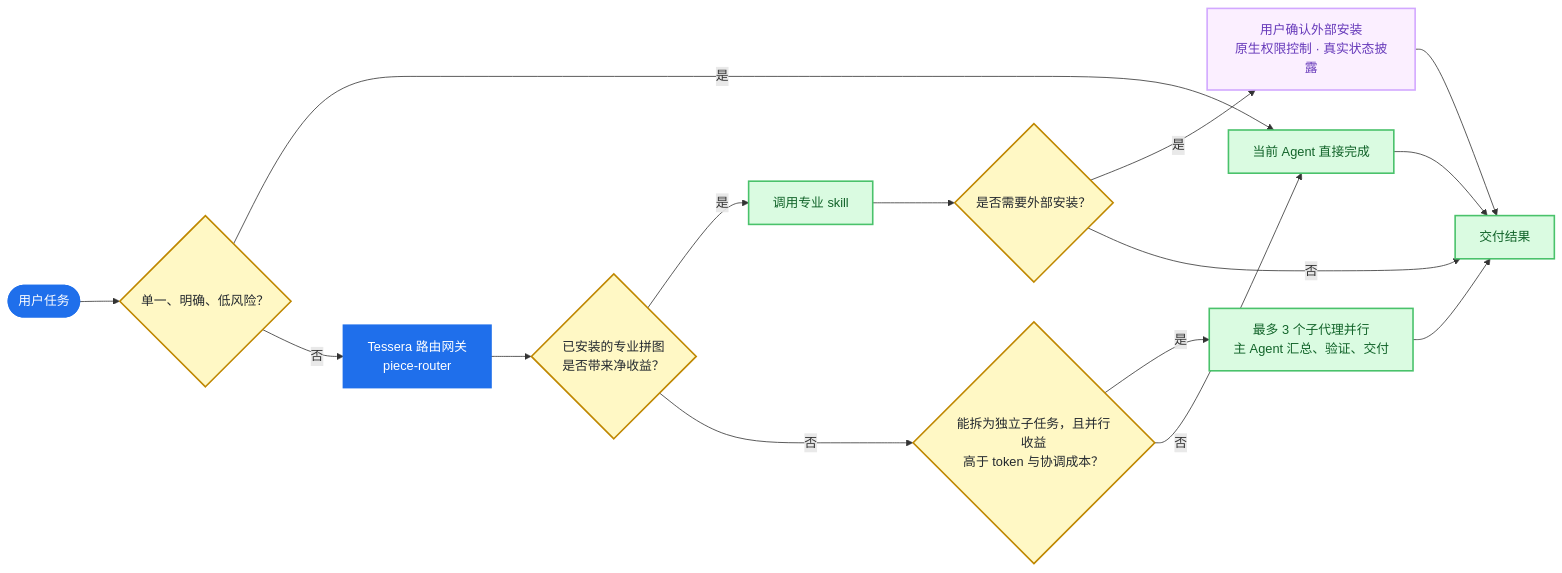
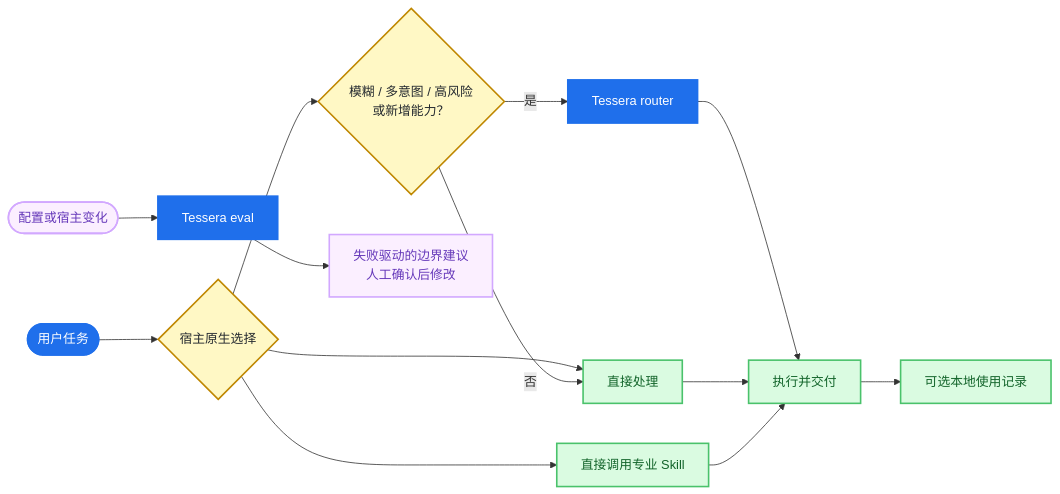
Before and after one commit to gloamere/Tessera: the diagram in README.md, drawn with Mermaid. The commit also changed other lines of this file and 19 other files, not shown here.

````diff
--- a/README.md
+++ b/README.md
@@ -29,26 +29,24 @@
 ```mermaid
 flowchart LR
-    U([用户任务]) --> D{单一、明确、低风险？}
-    D -- 是 --> A[当前 Agent 直接完成]
-    D -- 否 --> R[Tessera 路由网关<br/>piece-router]
-    R --> P{已安装的专业拼图<br/>是否带来净收益？}
-    P -- 是 --> S[调用专业 skill]
-    P -- 否 --> C{能拆为独立子任务，且并行收益<br/>高于 token 与协调成本？}
-    C -- 是 --> M[最多 3 个子代理并行<br/>主 Agent 汇总、验证、交付]
-    C -- 否 --> A
-    S --> E{是否需要外部安装？}
-    E -- 是 --> G[用户确认外部安装<br/>原生权限控制 · 真实状态披露]
-    E -- 否 --> O[交付结果]
-    M --> O
+    U([用户任务]) --> H{宿主原生选择}
+    H --> A[直接处理]
+    H --> S[直接调用专业 Skill]
+    H --> X{模糊 / 多意图 / 高风险<br/>或新增能力？}
+    X -- 是 --> R[Tessera router]
+    X -- 否 --> A
+    R --> O[执行并交付]
     A --> O
-    G --> O
+    S --> O
+    O --> L[可选本地使用记录]
+    C([配置或宿主变化]) --> E[Tessera eval]
+    E --> T[失败驱动的边界建议<br/>人工确认后修改]
 
     classDef entry fill:#1f6feb,color:#fff,stroke:#1f6feb,stroke-width:2px;
     classDef decision fill:#fff8c5,color:#24292f,stroke:#bf8700,stroke-width:2px;
     classDef action fill:#dafbe1,color:#116329,stroke:#4ac26b,stroke-width:2px;
     classDef guard fill:#fbefff,color:#6639ba,stroke:#d2a8ff,stroke-width:2px;
-    class U,R entry;
-    class D,P,C,E decision;
-    class A,S,M,O action;
-    class G guard;
+    class U,R,E entry;
+    class H,X decision;
+    class A,S,O,L action;
+    class C,T guard;
 ```
````
